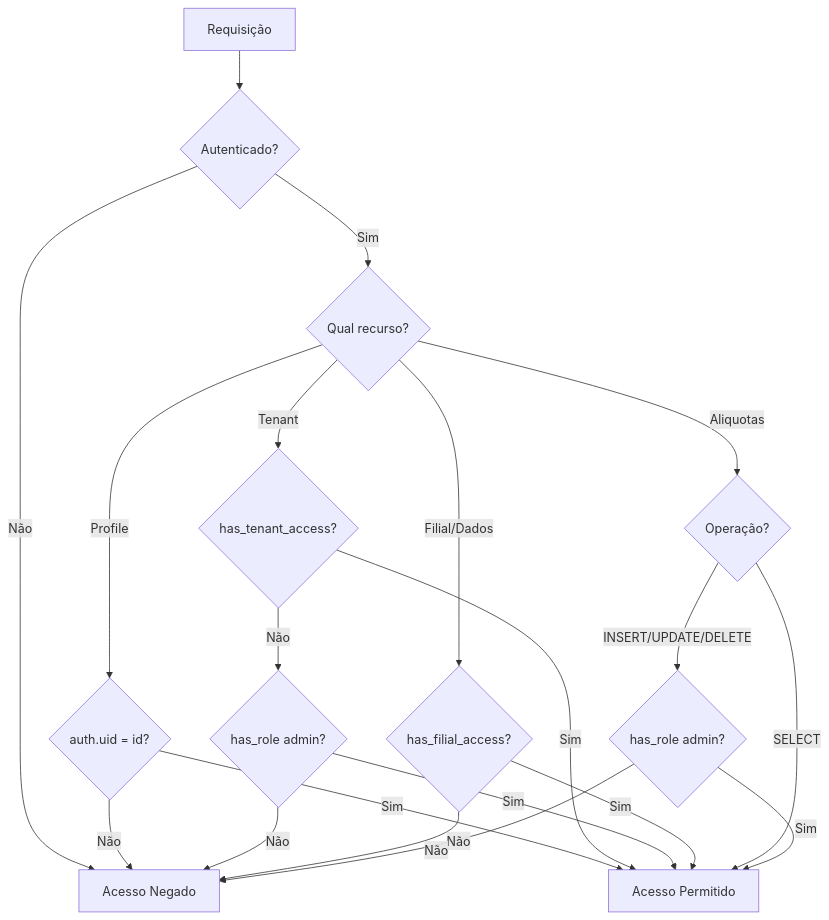
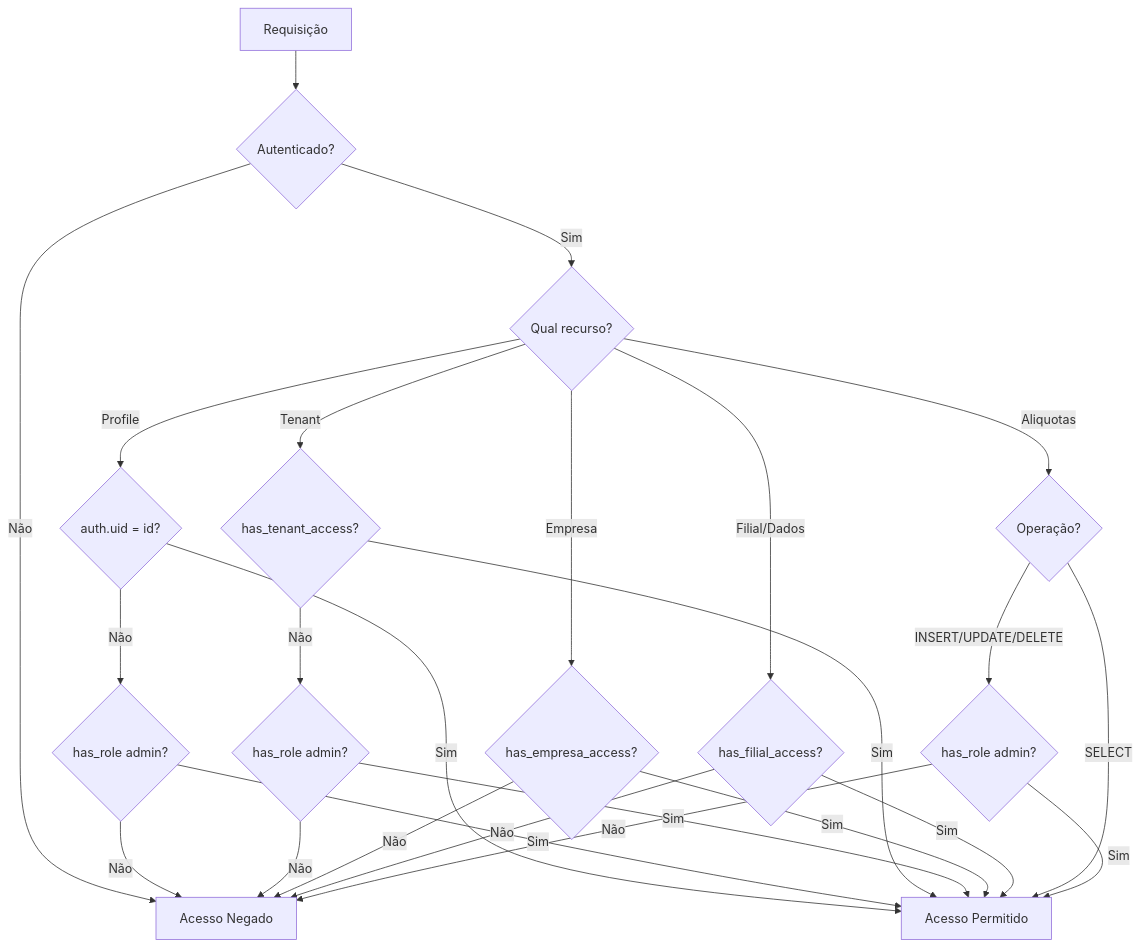
One commit to ClaudioSBezerra/fbapp_rt changed the fourth of 5 diagrams in docs/DATA-MODEL.md. Above: the diagram before and after it, drawn with Mermaid. The commit also changed other lines of this file and 1 other file, not shown here.

````diff
--- a/docs/DATA-MODEL.md
+++ b/docs/DATA-MODEL.md
@@ -1030,26 +1369,32 @@
 ```mermaid
 flowchart TD
     A[Requisição] --> B{Autenticado?}
     B -->|Não| C[Acesso Negado]
     B -->|Sim| D{Qual recurso?}
     
     D -->|Profile| E{auth.uid = id?}
     E -->|Sim| F[Acesso Permitido]
-    E -->|Não| C
+    E -->|Não| G{has_role admin?}
+    G -->|Sim| F
+    G -->|Não| C
     
-    D -->|Tenant| G{has_tenant_access?}
-    G -->|Sim| F
-    G -->|Não| H{has_role admin?}
+    D -->|Tenant| H{has_tenant_access?}
     H -->|Sim| F
-    H -->|Não| C
-    
-    D -->|Filial/Dados| I{has_filial_access?}
+    H -->|Não| I{has_role admin?}
     I -->|Sim| F
     I -->|Não| C
     
-    D -->|Aliquotas| J{Operação?}
-    J -->|SELECT| F
-    J -->|INSERT/UPDATE/DELETE| K{has_role admin?}
+    D -->|Empresa| J{has_empresa_access?}
+    J -->|Sim| F
+    J -->|Não| C
+    
+    D -->|Filial/Dados| K{has_filial_access?}
     K -->|Sim| F
     K -->|Não| C
+    
+    D -->|Aliquotas| L{Operação?}
+    L -->|SELECT| F
+    L -->|INSERT/UPDATE/DELETE| M{has_role admin?}
+    M -->|Sim| F
+    M -->|Não| C
 ```
````
